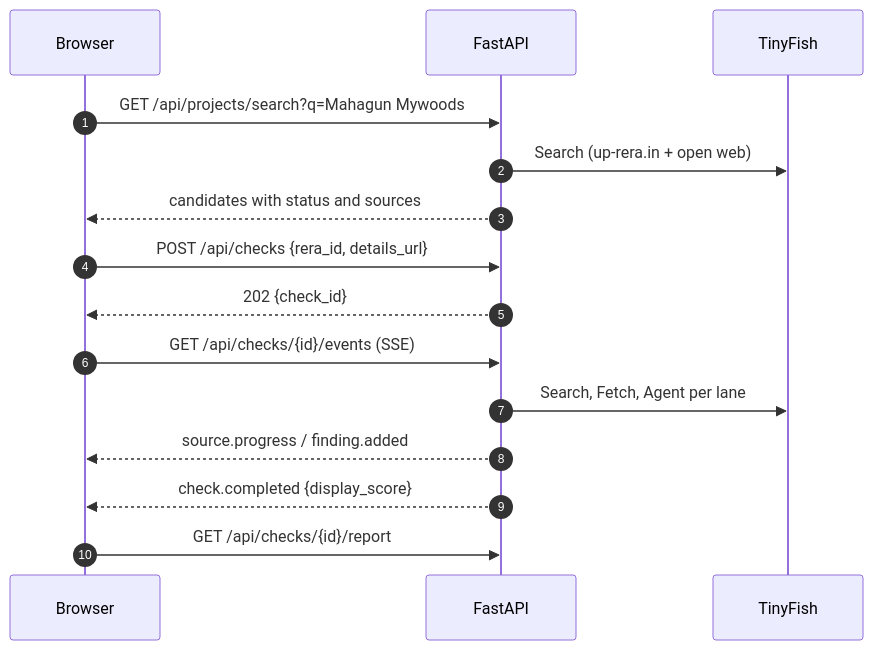
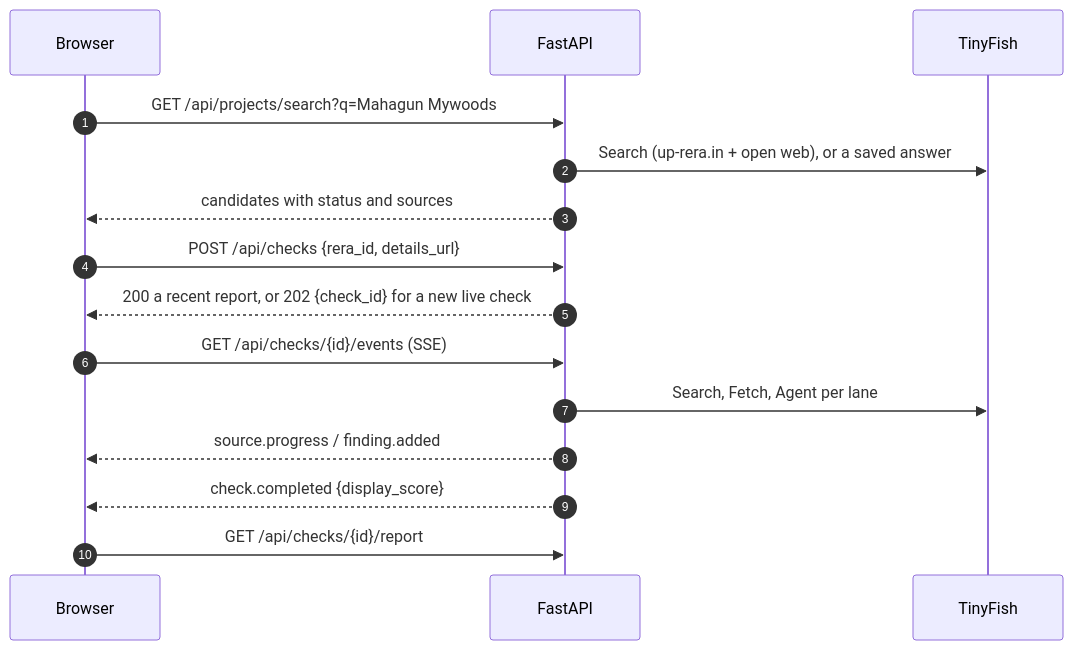
One commit to Nitinmittal373/HACKATHON_IIIT-DELHI_2026 changed the second of 2 diagrams in README.md. Above: the diagram before and after it, drawn with Mermaid. The commit also changed other lines of this file and 9 other files, not shown here.

````diff
--- a/README.md
+++ b/README.md
@@ -209,17 +233,17 @@
 ```mermaid
 sequenceDiagram
     autonumber
     participant B as Browser
     participant A as FastAPI
     participant T as TinyFish
     B->>A: GET /api/projects/search?q=Mahagun Mywoods
-    A->>T: Search (up-rera.in + open web)
+    A->>T: Search (up-rera.in + open web), or a saved answer
     A-->>B: candidates with status and sources
     B->>A: POST /api/checks {rera_id, details_url}
-    A-->>B: 202 {check_id}
+    A-->>B: 200 a recent report, or 202 {check_id} for a new live check
     B->>A: GET /api/checks/{id}/events (SSE)
     A->>T: Search, Fetch, Agent per lane
     A-->>B: source.progress / finding.added
     A-->>B: check.completed {display_score}
     B->>A: GET /api/checks/{id}/report
 ```
````
